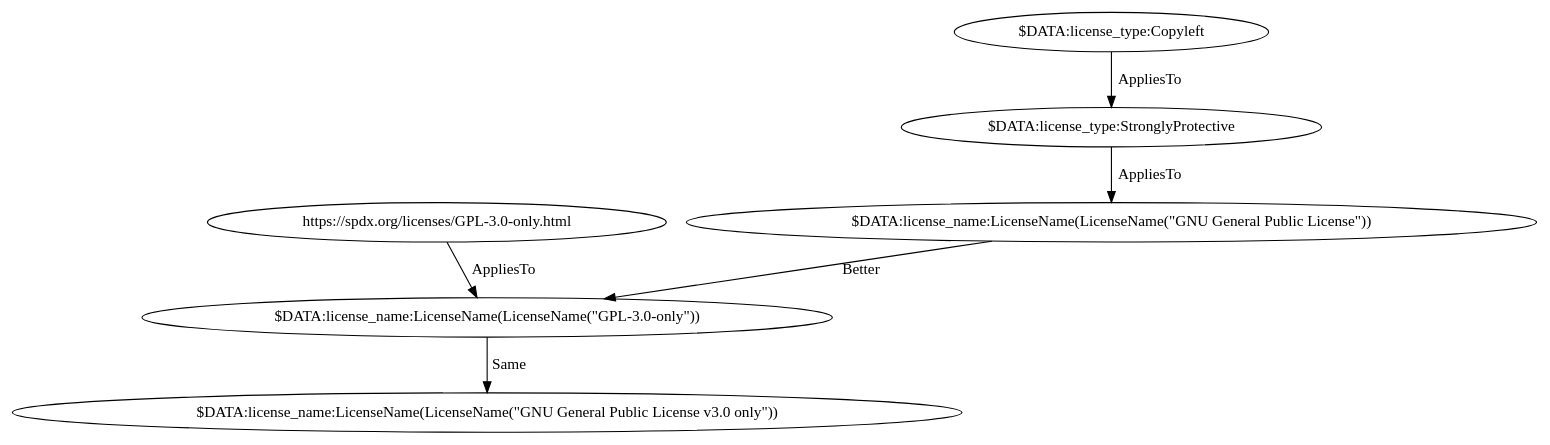
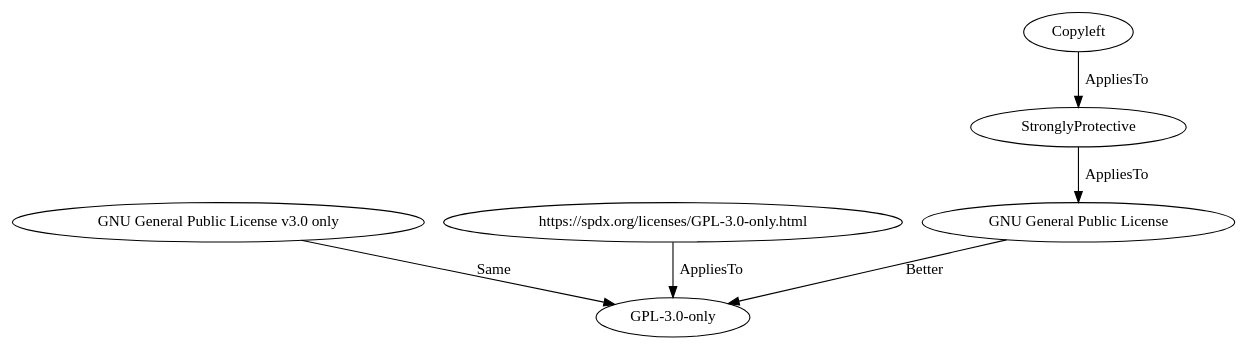
The diagram in test_output/source_blueoakcouncil/copyleft/GPL-3.0-only.dot (maxhbr/LDBcollector), drawn with Graphviz before and after one commit. The commit also changed 55 other files, not shown here.

```diff
--- a/test_output/source_blueoakcouncil/copyleft/GPL-3.0-only.dot
+++ b/test_output/source_blueoakcouncil/copyleft/GPL-3.0-only.dot
@@ -1,13 +1,13 @@
 digraph {
-    178 [ label = "$DATA:license_name:LicenseName(LicenseName(\"GNU General Public License v3.0 only\"))" ]
-    179 [ label = "$DATA:license_name:LicenseName(LicenseName(\"GPL-3.0-only\"))" ]
-    180 [ label = "https://spdx.org/licenses/GPL-3.0-only.html" ]
-    184 [ label = "$DATA:license_name:LicenseName(LicenseName(\"GNU General Public License\"))" ]
-    192 [ label = "$DATA:license_type:StronglyProtective" ]
-    193 [ label = "$DATA:license_type:Copyleft" ]
-    179 -> 178 [ label = "Same" ]
-    180 -> 179 [ label = "AppliesTo" ]
-    184 -> 179 [ label = "Better" ]
-    192 -> 184 [ label = "AppliesTo" ]
-    193 -> 192 [ label = "AppliesTo" ]
+    87 [ label = "GPL-3.0-only" ]
+    88 [ label = "GNU General Public License v3.0 only" ]
+    89 [ label = "https://spdx.org/licenses/GPL-3.0-only.html" ]
+    93 [ label = "GNU General Public License" ]
+    101 [ label = "StronglyProtective" ]
+    193 [ label = "Copyleft" ]
+    88 -> 87 [ label = "Same" ]
+    89 -> 87 [ label = "AppliesTo" ]
+    93 -> 87 [ label = "Better" ]
+    101 -> 93 [ label = "AppliesTo" ]
+    193 -> 101 [ label = "AppliesTo" ]
 }
```
